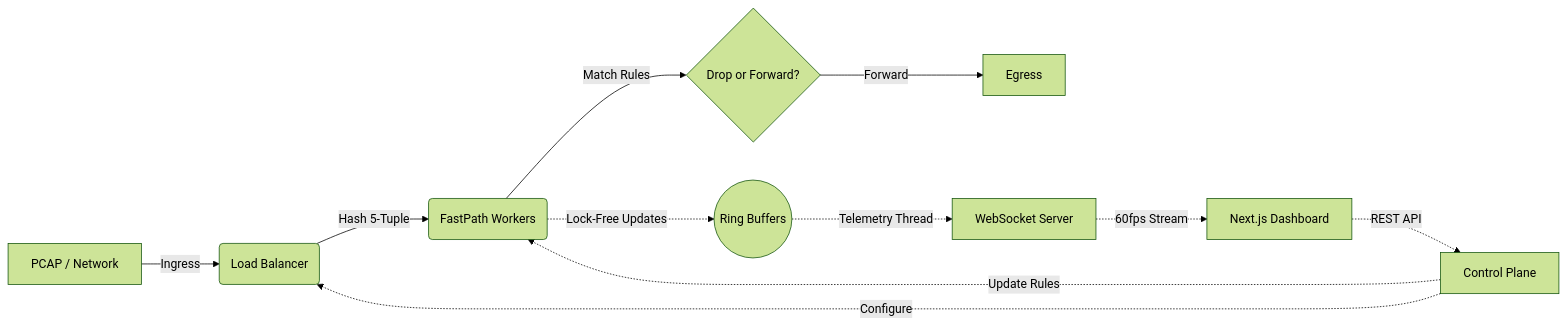
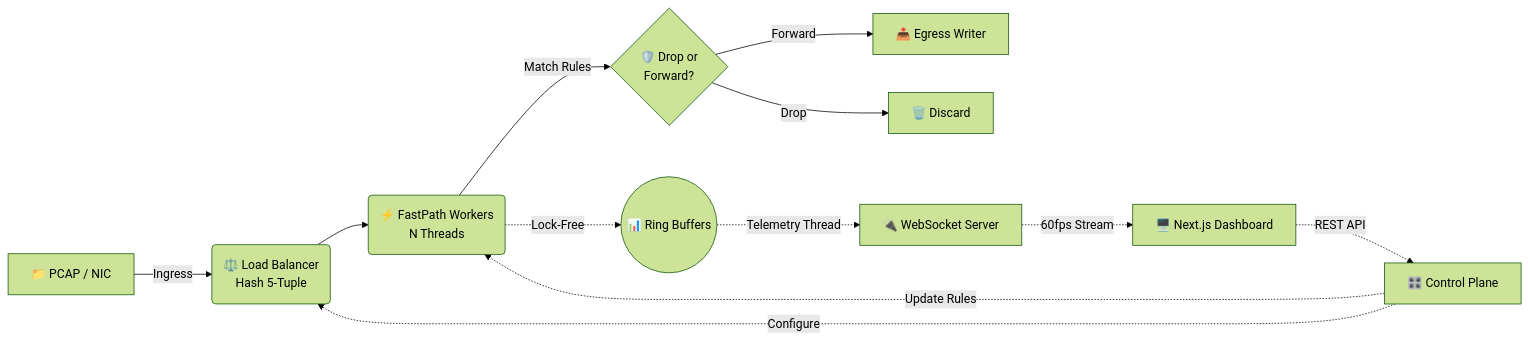
The diagram in README.md (dwivedyarvind67/DPI), drawn with Mermaid (forest theme) before and after one commit. The commit also changed other lines of this file and 6 other files, not shown here.

````diff
--- a/README.md
+++ b/README.md
@@ -44,15 +70,16 @@
 ```mermaid
 graph LR
-    A[PCAP / Network] -->|Ingress| B(Load Balancer)
-    B -->|Hash 5-Tuple| C(FastPath Workers)
-    C -->|Match Rules| D{Drop or Forward?}
-    D -->|Forward| E[Egress]
+    A["📁 PCAP / NIC"] -->|Ingress| B("⚖️ Load Balancer<br/>Hash 5-Tuple")
+    B --> C("⚡ FastPath Workers<br/>N Threads")
+    C -->|Match Rules| D{"🛡️ Drop or<br/>Forward?"}
+    D -->|Forward| E["📤 Egress Writer"]
+    D -->|Drop| F["🗑️ Discard"]
     
-    C -.->|Lock-Free Updates| F((Ring Buffers))
-    F -.->|Telemetry Thread| G[WebSocket Server]
-    G -.->|60fps Stream| H[Next.js Dashboard]
+    C -.->|Lock-Free| G(("📊 Ring Buffers"))
+    G -.->|Telemetry Thread| H["🔌 WebSocket Server"]
+    H -.->|60fps Stream| I["🖥️ Next.js Dashboard"]
     
-    H -.->|REST API| I[Control Plane]
-    I -.->|Configure| B
-    I -.->|Update Rules| C
+    I -.->|REST API| J["🎛️ Control Plane"]
+    J -.->|Configure| B
+    J -.->|Update Rules| C
 ```
````
